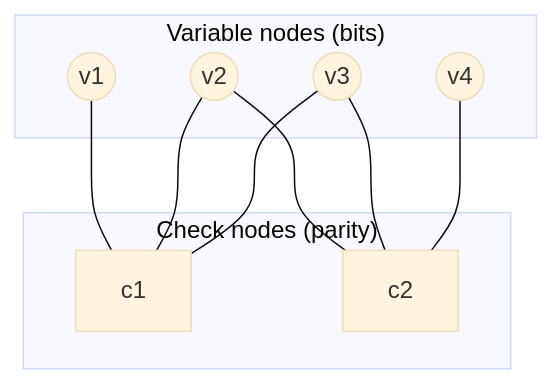
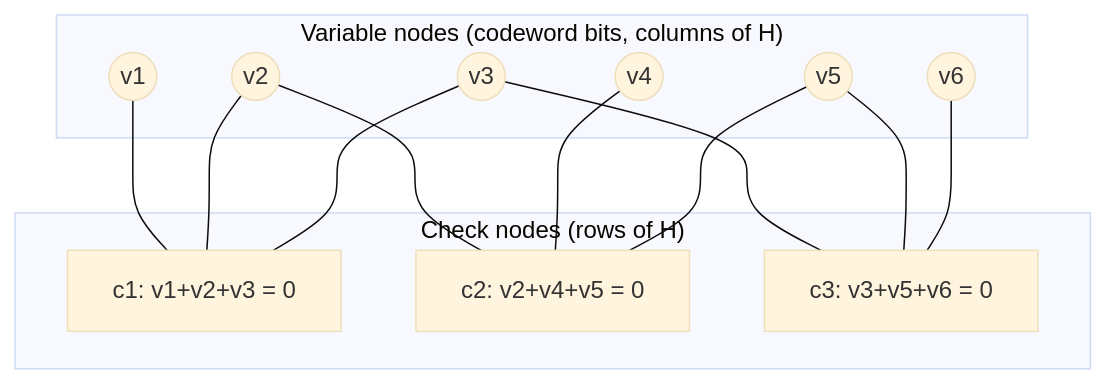
Before and after one commit to AndrewAltimit/Documentation: the fourth of 4 diagrams in github-pages/docs/advanced/information-coding-theory.md, drawn with Mermaid (base theme). The commit also changed other lines of this file and 240 other files, not shown here.

````diff
--- a/github-pages/docs/advanced/information-coding-theory.md
+++ b/github-pages/docs/advanced/information-coding-theory.md
@@ -308,11 +391,18 @@
 ```mermaid
 flowchart TB
-    subgraph V["Variable nodes (bits)"]
-      v1((v1)); v2((v2)); v3((v3)); v4((v4))
+    subgraph C["Check nodes (rows of H)"]
+      c1["c1: v1+v2+v3 = 0"]; c2["c2: v2+v4+v5 = 0"]; c3["c3: v3+v5+v6 = 0"]
     end
-    subgraph C["Check nodes (parity)"]
-      c1["c1"]; c2["c2"]
+    subgraph V["Variable nodes (codeword bits, columns of H)"]
+      v1((v1)); v2((v2)); v3((v3)); v4((v4)); v5((v5)); v6((v6))
     end
-    v1 --- c1; v2 --- c1; v3 --- c1
-    v2 --- c2; v3 --- c2; v4 --- c2
+    v1 --- c1
+    v2 --- c1
+    v3 --- c1
+    v2 --- c2
+    v4 --- c2
+    v5 --- c2
+    v3 --- c3
+    v5 --- c3
+    v6 --- c3
 ```
````
